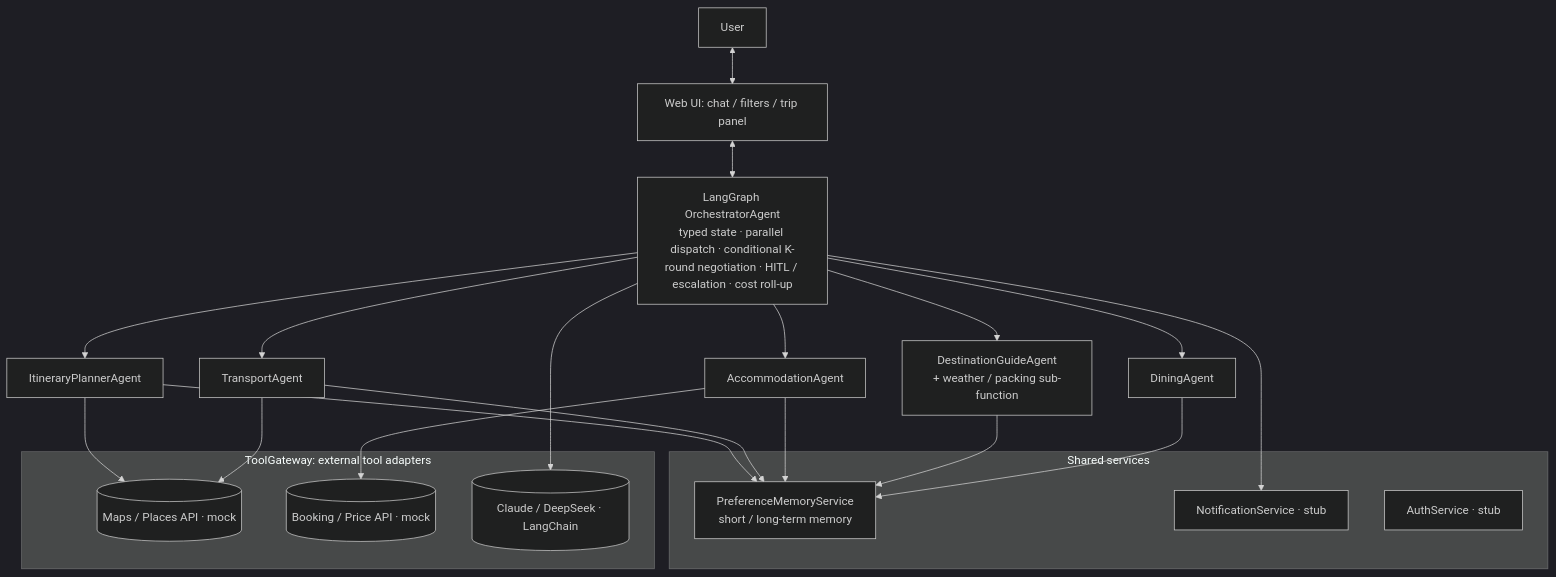
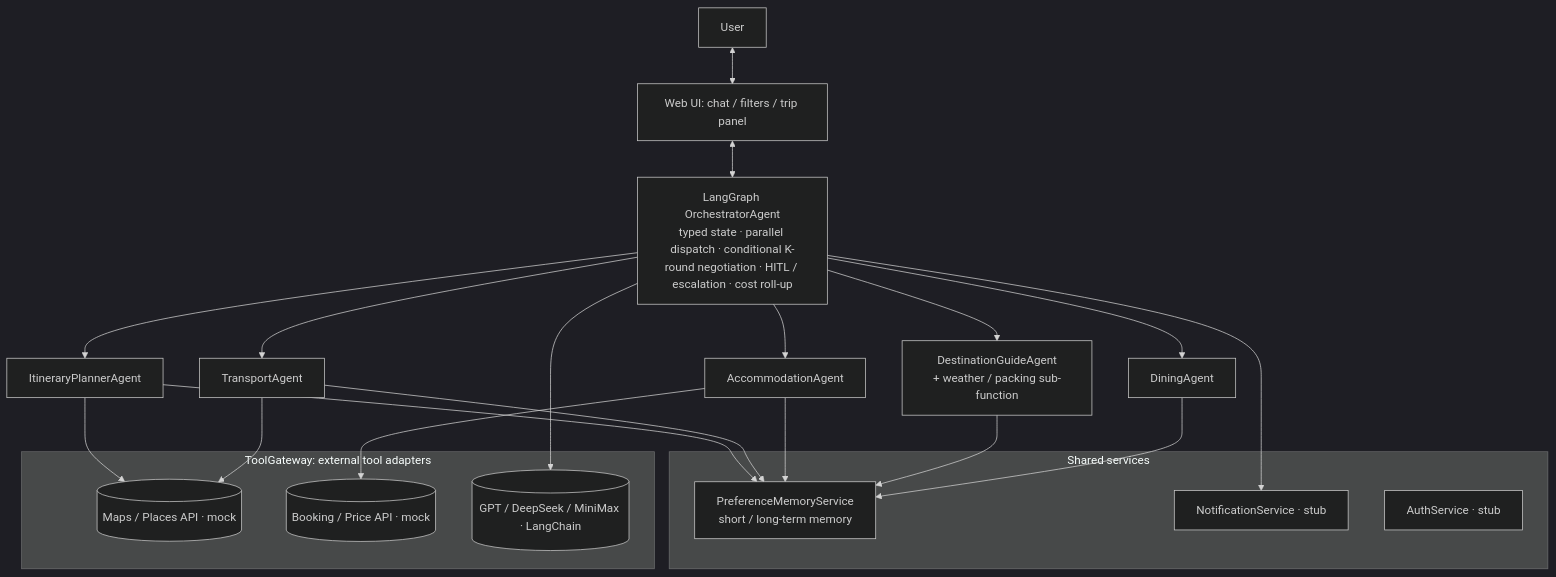
One commit to HeadmasterEggy/AI_TRIP_PLANNER changed the diagram in README.md. Above: the diagram before and after it, drawn with Mermaid (dark theme). The commit also changed other lines of this file and 11 other files, not shown here.

````diff
--- a/README.md
+++ b/README.md
@@ -25,34 +25,34 @@
 ```mermaid
 flowchart TB
     U[User] <--> UI[Web UI: chat / filters / trip panel]
     UI <--> ORC[LangGraph OrchestratorAgent<br/>typed state · parallel dispatch · conditional K-round negotiation · HITL / escalation · cost roll-up]
 
     ORC --> IT[ItineraryPlannerAgent]
     ORC --> TR[TransportAgent]
     ORC --> AC[AccommodationAgent]
     ORC --> DG[DestinationGuideAgent<br/>+ weather / packing sub-function]
     ORC --> DN[DiningAgent]
 
     subgraph SVC[Shared services]
       MEM[PreferenceMemoryService<br/>short / long-term memory]
       NOT[NotificationService · stub]
       AUTH[AuthService · stub]
     end
 
     subgraph TOOLS[ToolGateway: external tool adapters]
       MAPS[(Maps / Places API · mock)]
       BOOK[(Booking / Price API · mock)]
-      LLM[(Claude / DeepSeek · LangChain)]
+      LLM[(GPT / DeepSeek / MiniMax · LangChain)]
     end
 
     IT --> MEM
     TR --> MEM
     AC --> MEM
     DG --> MEM
     DN --> MEM
     IT --> MAPS
     TR --> MAPS
     AC --> BOOK
     ORC --> LLM
     ORC --> NOT
 ```
````
